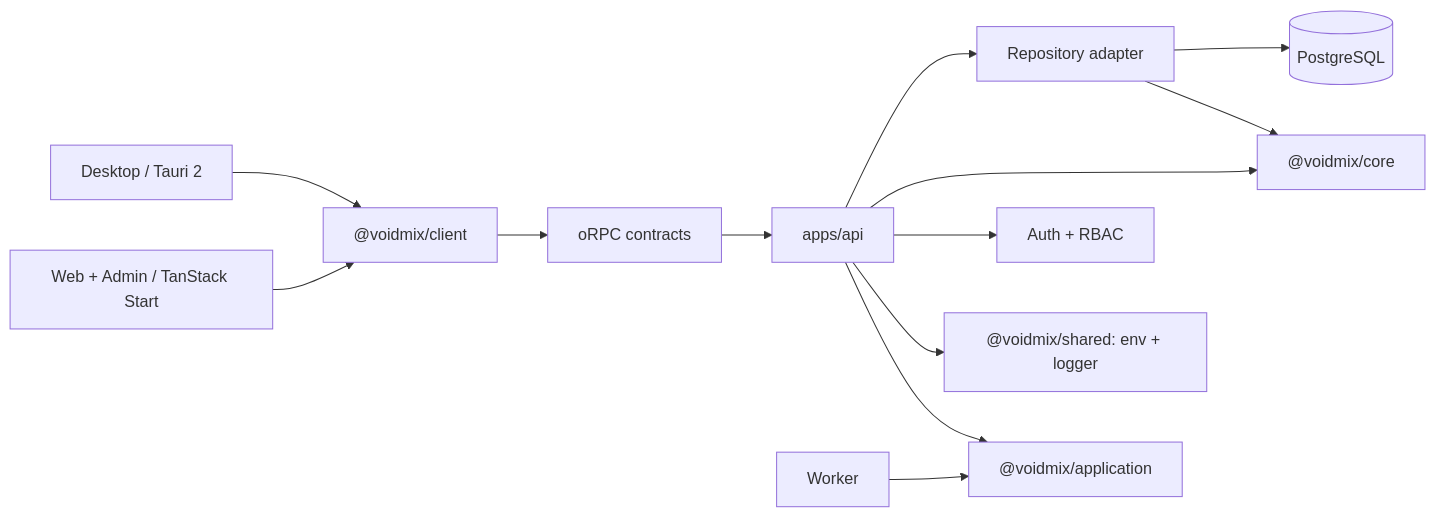
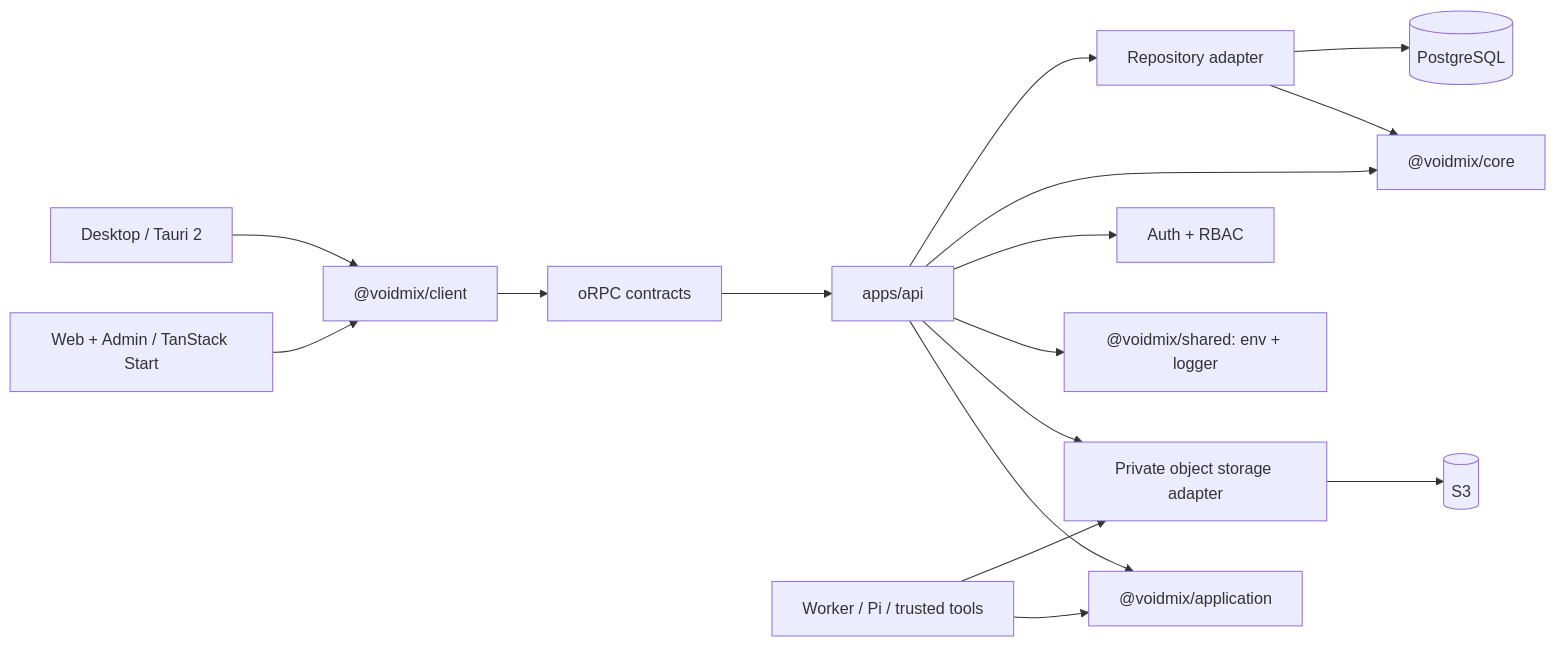
The diagram in docs/architecture/README.md (voidmix/voidmix), drawn with Mermaid before and after one commit. The commit also changed other lines of this file and 378 other files, not shown here.

Commit message:
feat: rebuild agent platform and workspace architecture

````diff
--- a/docs/architecture/README.md
+++ b/docs/architecture/README.md
@@ -23,15 +23,18 @@
 ```mermaid
 flowchart LR
   web["Web + Admin / TanStack Start"] --> client["@voidmix/client"]
   desktop["Desktop / Tauri 2"] --> client
   client --> rpc["oRPC contracts"]
   rpc --> api["apps/api"]
   api --> application["@voidmix/application"]
-  worker["Worker"] --> application
+  worker["Worker / Pi / trusted tools"] --> application
+  api --> storage["Private object storage adapter"]
+  worker --> storage
+  storage --> objects[("S3")]
   api --> shared["@voidmix/shared: env + logger"]
   api --> auth["Auth + RBAC"]
   api --> core["@voidmix/core"]
   api --> db["Repository adapter"]
   db --> core
   db --> postgres[("PostgreSQL")]
 ```
````
